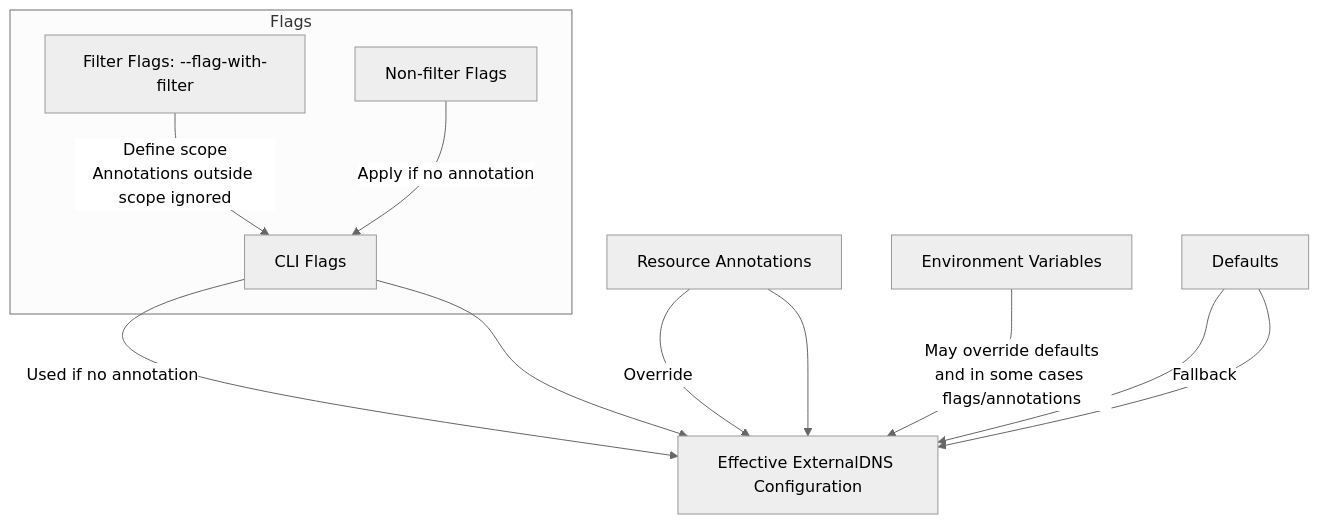
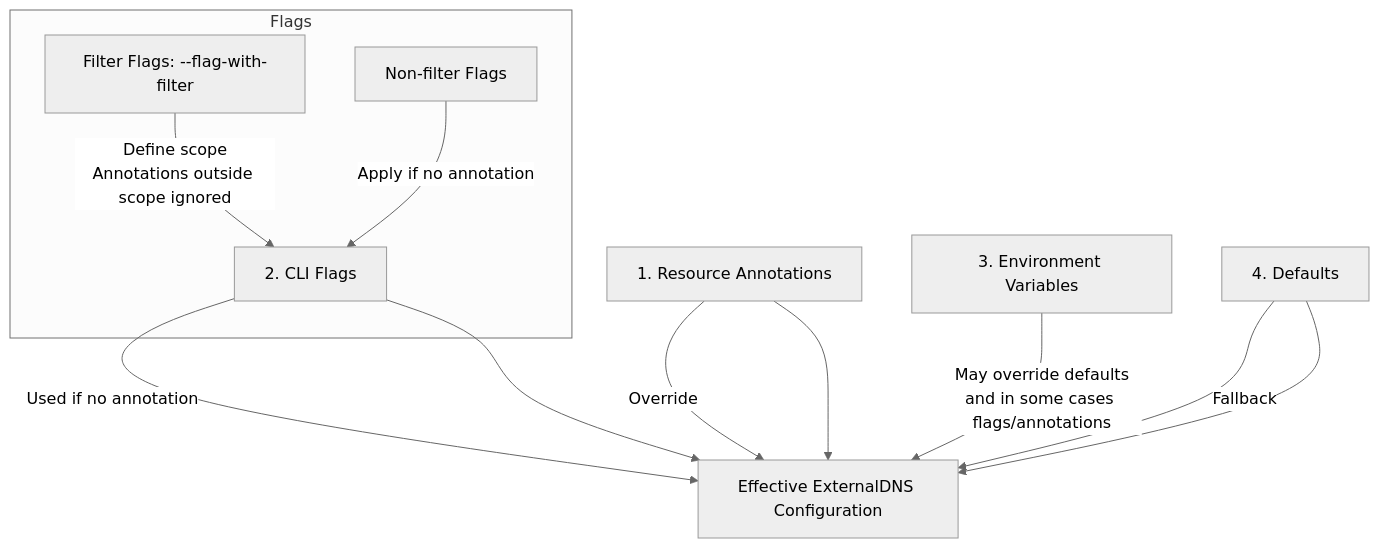
One commit to kubernetes-sigs/external-dns changed the diagram in docs/advanced/configuration-precedence.md. Above: the diagram before and after it, drawn with Mermaid (neutral theme).

Commit message:
docs(advanced): configuration precedence

````diff
--- a/docs/advanced/configuration-precedence.md
+++ b/docs/advanced/configuration-precedence.md
@@ -6,18 +6,18 @@
 ```mermaid
 flowchart TD
-    A[Resource Annotations] -->|Override| Result
-    B[CLI Flags] -->|Used if no annotation| Result
-    C[Environment Variables] -->|May override defaults<br/>and in some cases flags/annotations| Result
-    D[Defaults] -->|Fallback| Result
+    A[1. Resource Annotations] -->|Override| Result
+    B[2. CLI Flags] -->|Used if no annotation| Result
+    C[3. Environment Variables] -->|May override defaults<br/>and in some cases flags/annotations| Result
+    D[4. Defaults] -->|Fallback| Result
 
     subgraph Flags
         B1[Filter Flags: --flag-with-filter] -->|Define scope<br/>Annotations outside scope ignored| B
         B2[Non-filter Flags] -->|Apply if no annotation| B
     end
 
     Result[Effective ExternalDNS Configuration]
 
     A --> Result
     B --> Result
     D --> Result
 ```
````
